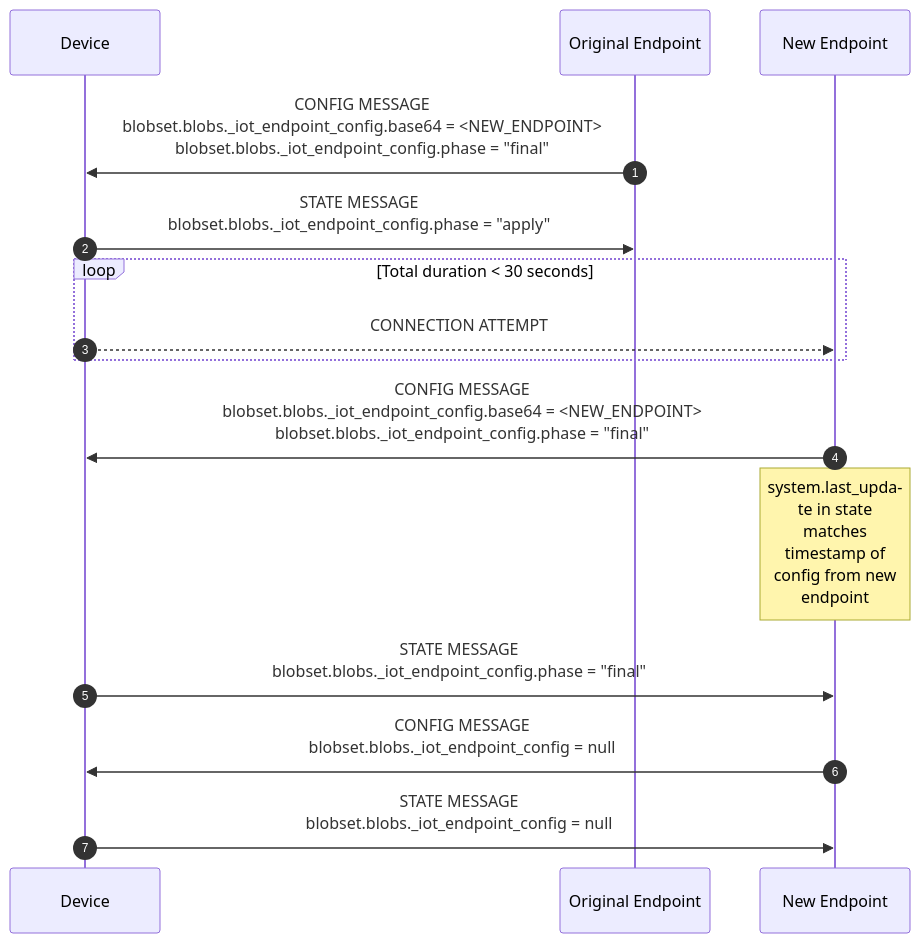
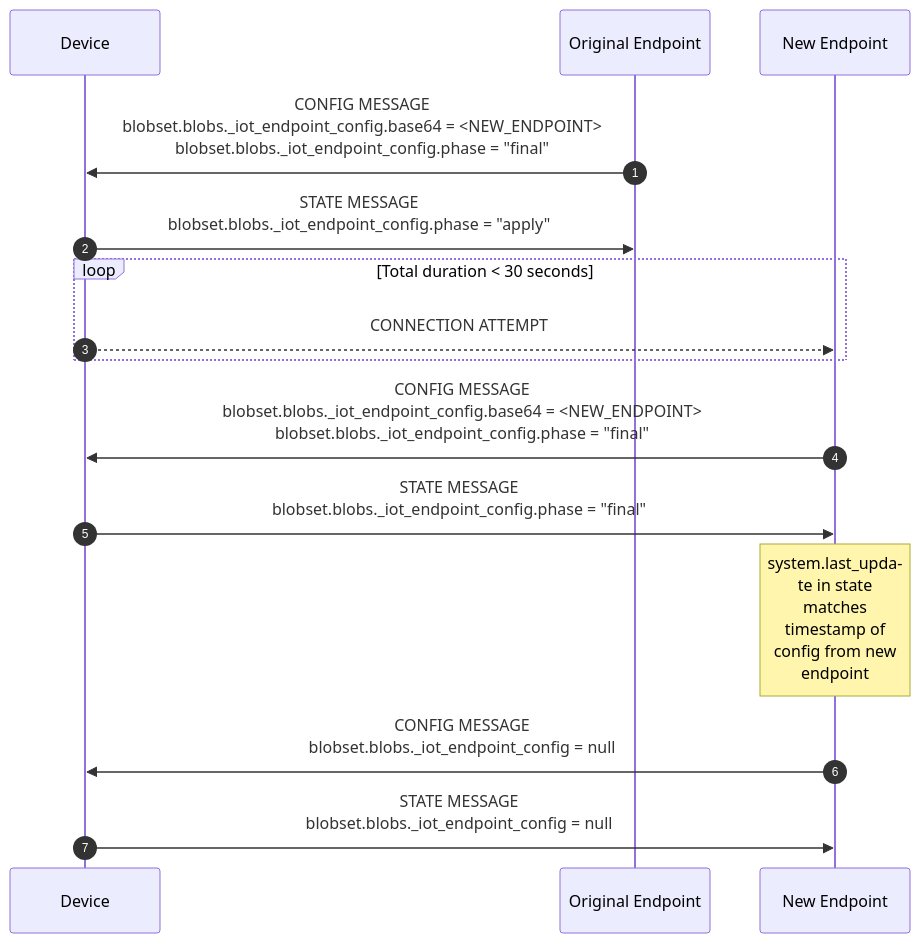
The first of 2 diagrams in docs/specs/sequences/endpoint_reconfiguration.md (faucetsdn/udmi), drawn with Mermaid before and after one commit. The commit also changed other lines of this file, not shown here.

````diff
--- a/docs/specs/sequences/endpoint_reconfiguration.md
+++ b/docs/specs/sequences/endpoint_reconfiguration.md
@@ -20,18 +20,18 @@
 ```mermaid
 %%{wrap}%%
 sequenceDiagram
     autonumber
     participant D as Device
     participant E as Original Endpoint
     participant E' as New Endpoint
     E->>D:CONFIG MESSAGE<br/>blobset.blobs._iot_endpoint_config.base64 = <NEW_ENDPOINT><br/>blobset.blobs._iot_endpoint_config.phase = "final"
     D->>E:STATE MESSAGE<br/>blobset.blobs._iot_endpoint_config.phase = "apply"
     loop Total duration < 30 seconds
     D-->>E':CONNECTION ATTEMPT
     end
     E'->>D:CONFIG MESSAGE<br/>blobset.blobs._iot_endpoint_config.base64 = <NEW_ENDPOINT><br/>blobset.blobs._iot_endpoint_config.phase = "final"
+    D->>E':STATE MESSAGE<br/>blobset.blobs._iot_endpoint_config.phase = "final"
     note over E': system.last_update in state matches timestamp of config from new endpoint
-    D->>E':STATE MESSAGE<br/>blobset.blobs._iot_endpoint_config.phase = "final"
     E'->>D:CONFIG MESSAGE<br/>blobset.blobs._iot_endpoint_config = null
     D->>E':STATE MESSAGE<br/>blobset.blobs._iot_endpoint_config = null
 ```
````
